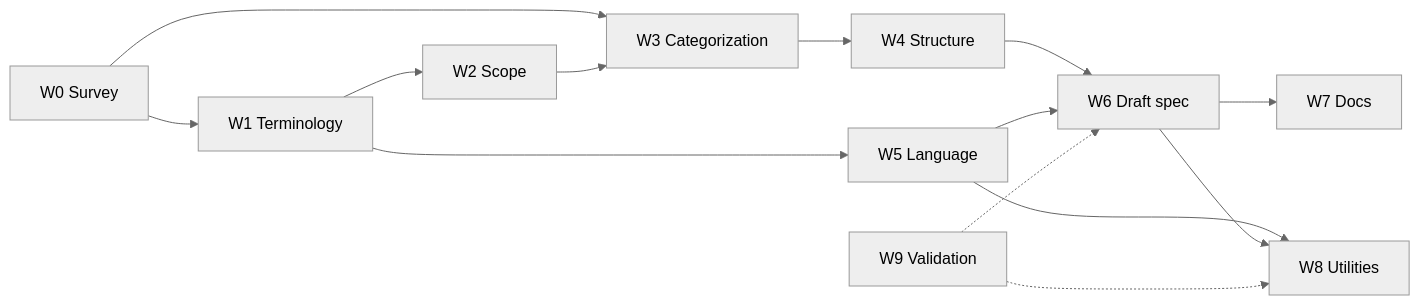
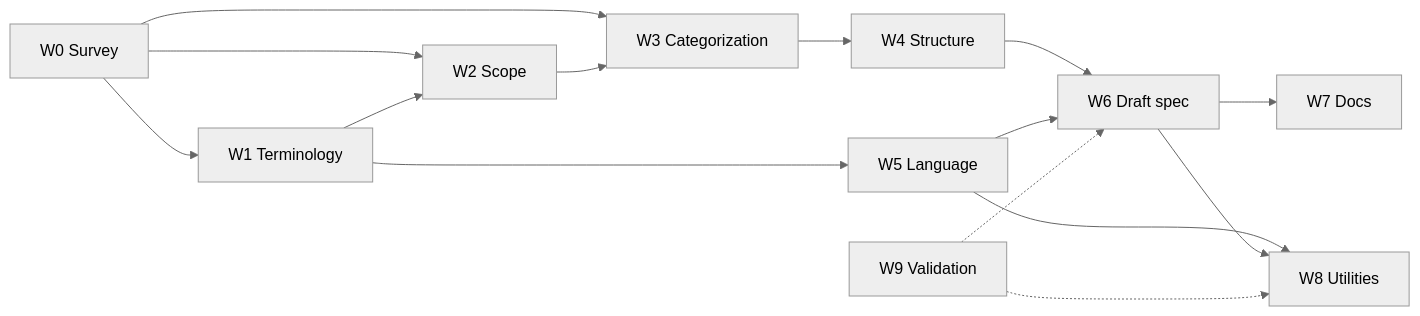
Before and after one commit to shlomoa/openui-spec: the diagram in spec/survey/specui_v1_publish_plan.md, drawn with Mermaid (neutral theme). The commit also changed other lines of this file, not shown here.

````diff
--- a/spec/survey/specui_v1_publish_plan.md
+++ b/spec/survey/specui_v1_publish_plan.md
@@ -67,16 +67,17 @@
 ```mermaid
 flowchart LR
   W0[W0 Survey] --> W1[W1 Terminology]
+  W0 --> W2[W2 Scope]
   W0 --> W3[W3 Categorization]
   W1 --> W2[W2 Scope]
   W2 --> W3
   W3 --> W4[W4 Structure]
   W1 --> W5[W5 Language]
   W4 --> W6[W6 Draft spec]
   W5 --> W6
   W6 --> W7[W7 Docs]
   W5 --> W8[W8 Utilities]
   W6 --> W8
   W9[W9 Validation] -.-> W6
   W9 -.-> W8
 ```
````
